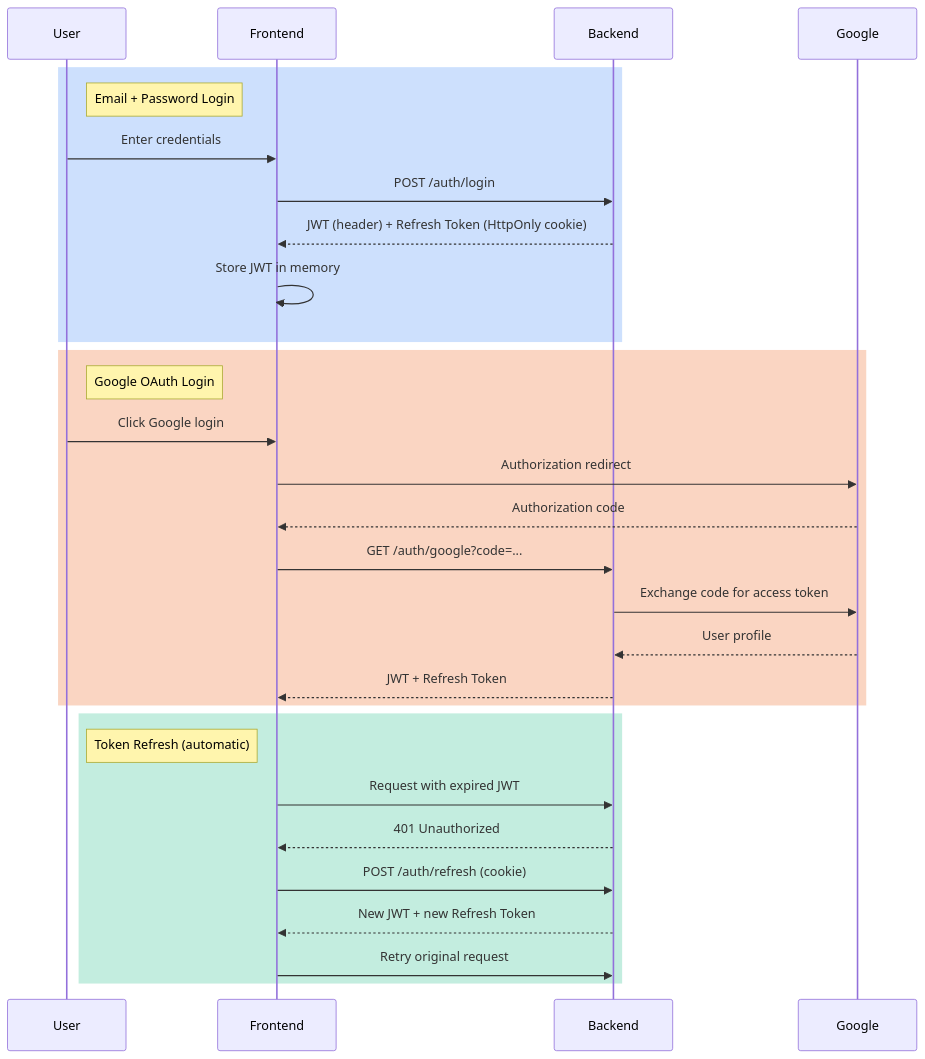
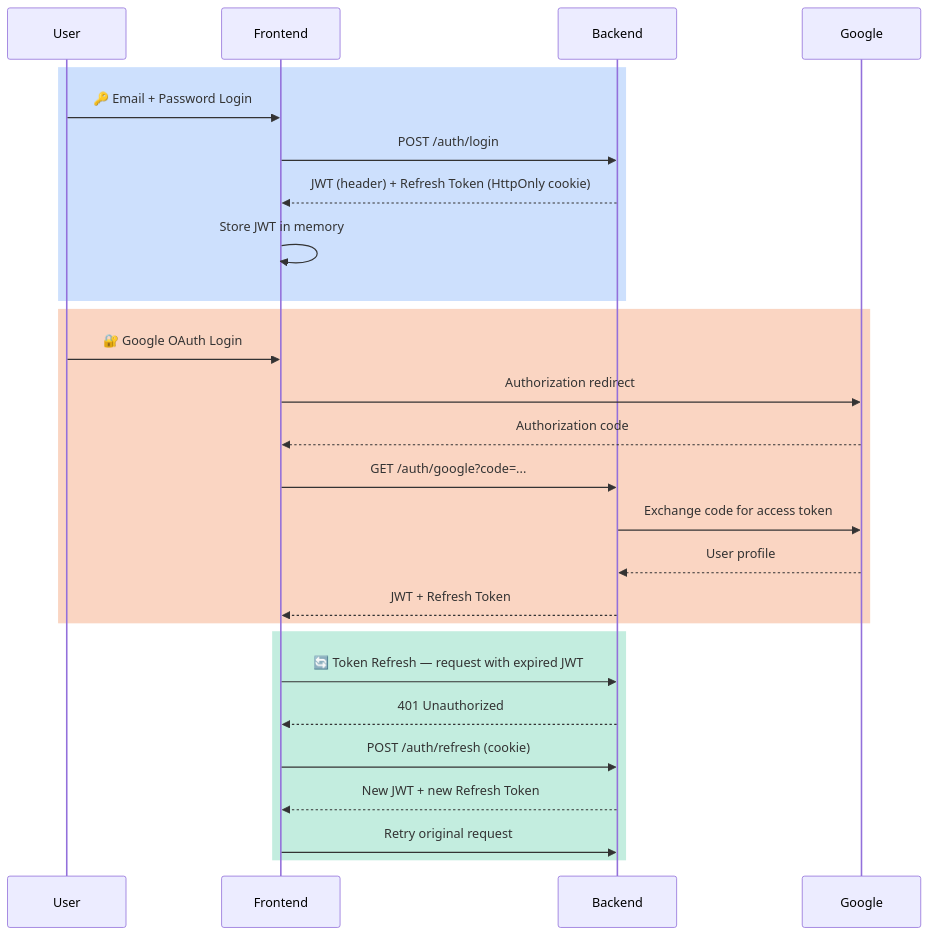
The third of 7 diagrams in architecture/overview/en.md (AndDev741/Beyou-docs-ui), drawn with Mermaid before and after one commit. The commit also changed 1 other file, not shown here.

Commit message:
choire: Removing notes because are hard to read in dark mode

````diff
--- a/architecture/overview/en.md
+++ b/architecture/overview/en.md
@@ -75,35 +75,32 @@
 ```mermaid
 sequenceDiagram
   participant U as User
   participant FE as Frontend
   participant BE as Backend
   participant GO as Google
 
   rect rgba(59, 130, 246, 0.25)
-  Note right of U: Email + Password Login
-  U->>FE: Enter credentials
+  U->>FE: 🔑 Email + Password Login
   FE->>BE: POST /auth/login
   BE-->>FE: JWT (header) + Refresh Token (HttpOnly cookie)
   FE->>FE: Store JWT in memory
   end
 
   rect rgba(234, 88, 12, 0.25)
-  Note right of U: Google OAuth Login
-  U->>FE: Click Google login
+  U->>FE: 🔐 Google OAuth Login
   FE->>GO: Authorization redirect
   GO-->>FE: Authorization code
   FE->>BE: GET /auth/google?code=...
   BE->>GO: Exchange code for access token
   GO-->>BE: User profile
   BE-->>FE: JWT + Refresh Token
   end
 
   rect rgba(16, 185, 129, 0.25)
-  Note right of U: Token Refresh (automatic)
-  FE->>BE: Request with expired JWT
+  FE->>BE: 🔄 Token Refresh — request with expired JWT
   BE-->>FE: 401 Unauthorized
   FE->>BE: POST /auth/refresh (cookie)
   BE-->>FE: New JWT + new Refresh Token
   FE->>BE: Retry original request
   end
 ```
````
